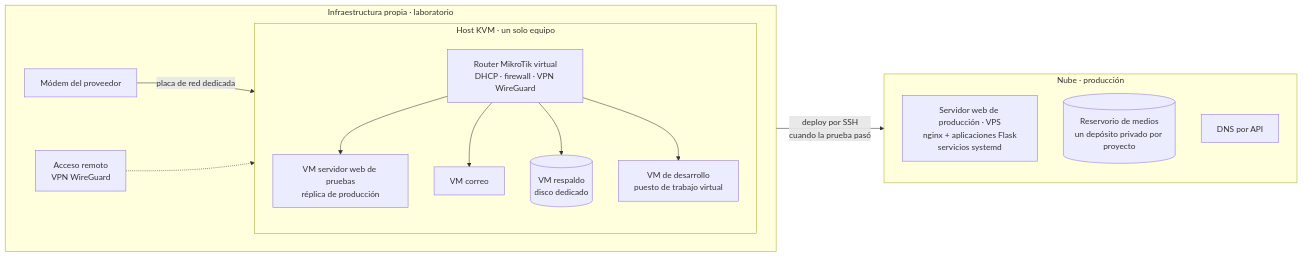
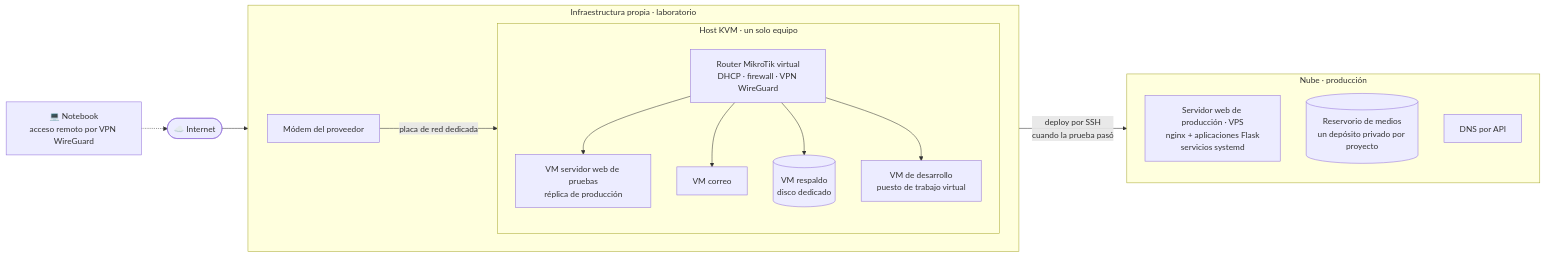
The first of 3 diagrams in README.md (druidatech-net/infraestructura-druidatech), drawn with Mermaid before and after one commit.

Commit message:
Diagrama: el acceso remoto llega por Internet y el proveedor

````diff
--- a/README.md
+++ b/README.md
@@ -25,23 +25,24 @@
 ```mermaid
 flowchart LR
+    N[💻 Notebook<br/>acceso remoto por VPN WireGuard] -.-> I([☁️ Internet])
+    I --> M
     subgraph LAB[Infraestructura propia · laboratorio]
         direction LR
         M[Módem del proveedor] -->|placa de red dedicada| K
-        E[Acceso remoto<br/>VPN WireGuard] -.-> K
         subgraph H[Host KVM · un solo equipo]
             direction TB
             K[Router MikroTik virtual<br/>DHCP · firewall · VPN WireGuard]
             K --> W[VM servidor web de pruebas<br/>réplica de producción]
             K --> C[VM correo]
             K --> B[(VM respaldo<br/>disco dedicado)]
             K --> A[VM de desarrollo<br/>puesto de trabajo virtual]
         end
     end
     subgraph NUBE[Nube · producción]
         direction TB
         V[Servidor web de producción · VPS<br/>nginx + aplicaciones Flask<br/>servicios systemd]
         S[(Reservorio de medios<br/>un depósito privado por proyecto)]
         D[DNS por API]
     end
     W -->|"deploy por SSH<br/>cuando la prueba pasó"| V
 ```
````
